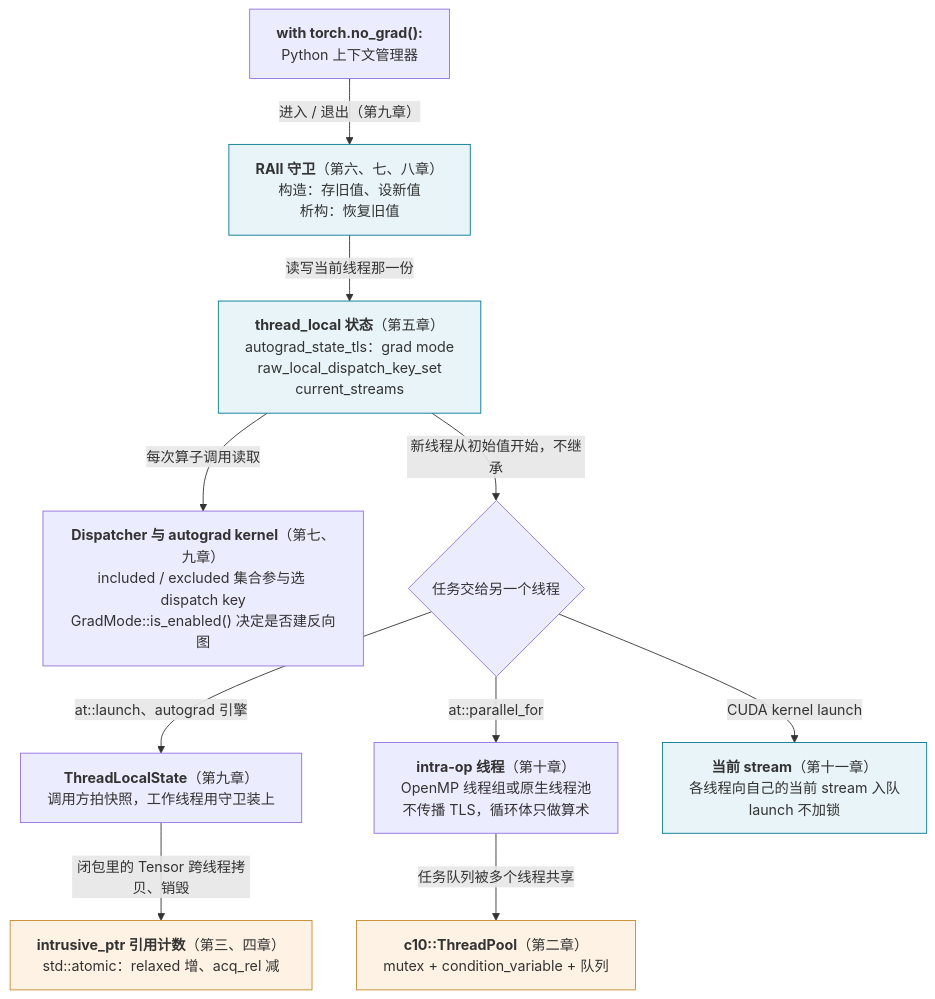
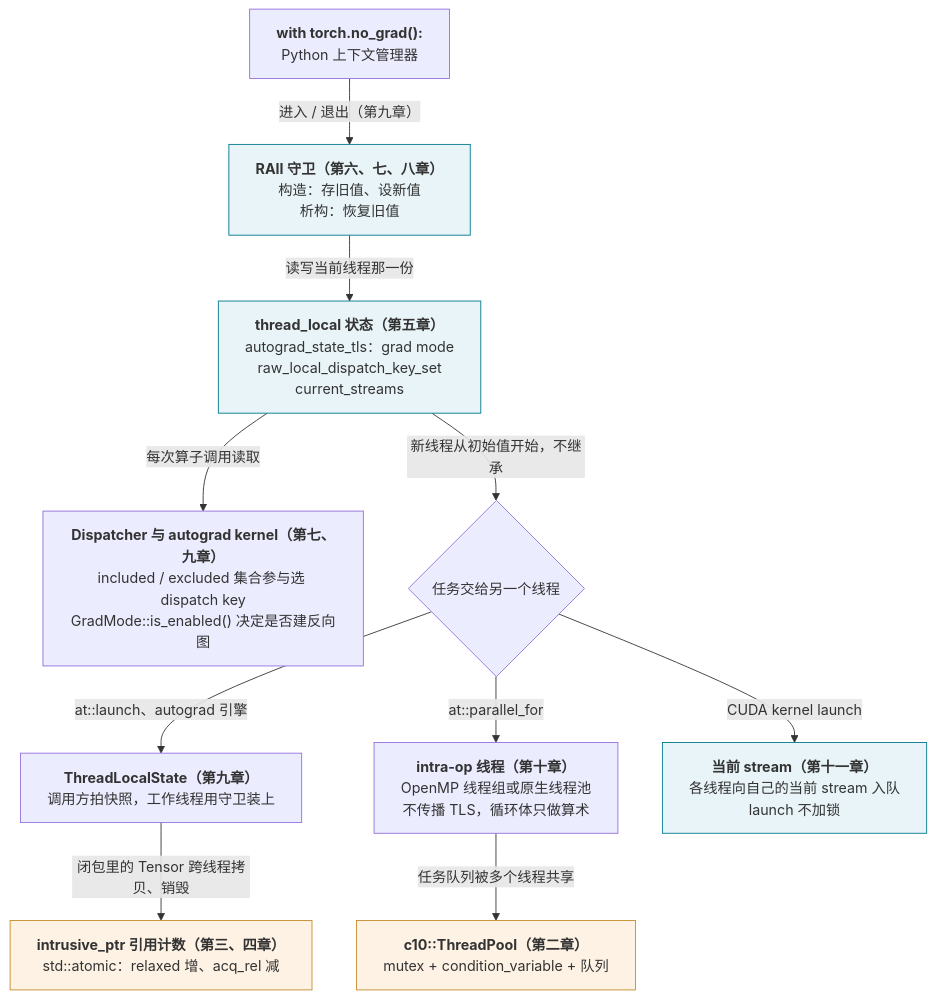
The first of 9 diagrams in _posts/2026-02-12-cpp-concurrency-memory-model-tls-and-guards.md (arganzheng/arganzheng.github.com), drawn with Mermaid before and after one commit.

Commit message:
面向 AI Infra 的 C++（06）并发与内存模型：Mermaid 方框标题的括注移进 </b>，标题样式才生效
写成 `<b>标题</b>（第七章）<br/>` 时 `nodeTitles()` 的 TITLE_RE 不匹配（它要求
`</b>` 紧跟 `<br/>`），整行按正文渲染；而且那一行读起来是「标题（第七章）」，
却只有括号前是粗体。

````diff
--- a/_posts/2026-02-12-cpp-concurrency-memory-model-tls-and-guards.md
+++ b/_posts/2026-02-12-cpp-concurrency-memory-model-tls-and-guards.md
@@ -76,18 +76,18 @@
 ```mermaid
 %%{init: {"flowchart": {"wrappingWidth": 300}}}%%
 %% 图：torch.no_grad() 背后的并发机制：守卫改写 TLS、Dispatcher 读 TLS，以及线程边界上的三种处理
 flowchart TB
-    PY["<b>with torch.no_grad():</b><br/>Python 上下文管理器"] -- "进入 / 退出（第九章）" --> G["<b>RAII 守卫</b>（第六、七、八章）<br/>构造：存旧值、设新值<br/>析构：恢复旧值"]
-    G -- "读写当前线程那一份" --> TLS["<b>thread_local 状态</b>（第五章）<br/>autograd_state_tls：grad mode<br/>raw_local_dispatch_key_set<br/>current_streams"]
-    TLS -- "每次算子调用读取" --> DISP["<b>Dispatcher 与 autograd kernel</b>（第七、九章）<br/>included / excluded 集合参与选 dispatch key<br/>GradMode::is_enabled() 决定是否建反向图"]
+    PY["<b>with torch.no_grad():</b><br/>Python 上下文管理器"] -- "进入 / 退出（第九章）" --> G["<b>RAII 守卫（第六、七、八章）</b><br/>构造：存旧值、设新值<br/>析构：恢复旧值"]
+    G -- "读写当前线程那一份" --> TLS["<b>thread_local 状态（第五章）</b><br/>autograd_state_tls：grad mode<br/>raw_local_dispatch_key_set<br/>current_streams"]
+    TLS -- "每次算子调用读取" --> DISP["<b>Dispatcher 与 autograd kernel（第七、九章）</b><br/>included / excluded 集合参与选 dispatch key<br/>GradMode::is_enabled() 决定是否建反向图"]
     TLS -- "新线程从初始值开始，不继承" --> BND{"任务交给另一个线程"}
-    BND -- "at::launch、autograd 引擎" --> TS["<b>ThreadLocalState</b>（第九章）<br/>调用方拍快照，工作线程用守卫装上"]
-    BND -- "at::parallel_for" --> PF["<b>intra-op 线程</b>（第十章）<br/>OpenMP 线程组或原生线程池<br/>不传播 TLS，循环体只做算术"]
-    BND -- "CUDA kernel launch" --> CU["<b>当前 stream</b>（第十一章）<br/>各线程向自己的当前 stream 入队<br/>launch 不加锁"]
-    PF -- "任务队列被多个线程共享" --> TP["<b>c10::ThreadPool</b>（第二章）<br/>mutex + condition_variable + 队列"]
-    TS -- "闭包里的 Tensor 跨线程拷贝、销毁" --> RC["<b>intrusive_ptr 引用计数</b>（第三、四章）<br/>std::atomic：relaxed 增、acq_rel 减"]
+    BND -- "at::launch、autograd 引擎" --> TS["<b>ThreadLocalState（第九章）</b><br/>调用方拍快照，工作线程用守卫装上"]
+    BND -- "at::parallel_for" --> PF["<b>intra-op 线程（第十章）</b><br/>OpenMP 线程组或原生线程池<br/>不传播 TLS，循环体只做算术"]
+    BND -- "CUDA kernel launch" --> CU["<b>当前 stream（第十一章）</b><br/>各线程向自己的当前 stream 入队<br/>launch 不加锁"]
+    PF -- "任务队列被多个线程共享" --> TP["<b>c10::ThreadPool（第二章）</b><br/>mutex + condition_variable + 队列"]
+    TS -- "闭包里的 Tensor 跨线程拷贝、销毁" --> RC["<b>intrusive_ptr 引用计数（第三、四章）</b><br/>std::atomic：relaxed 增、acq_rel 减"]
     classDef tls fill:#e8f4f8,stroke:#00788f;
     classDef shared fill:#fdf2e3,stroke:#c98a2b;
     class TLS,G,CU tls;
     class TP,RC shared;
 ```
````
